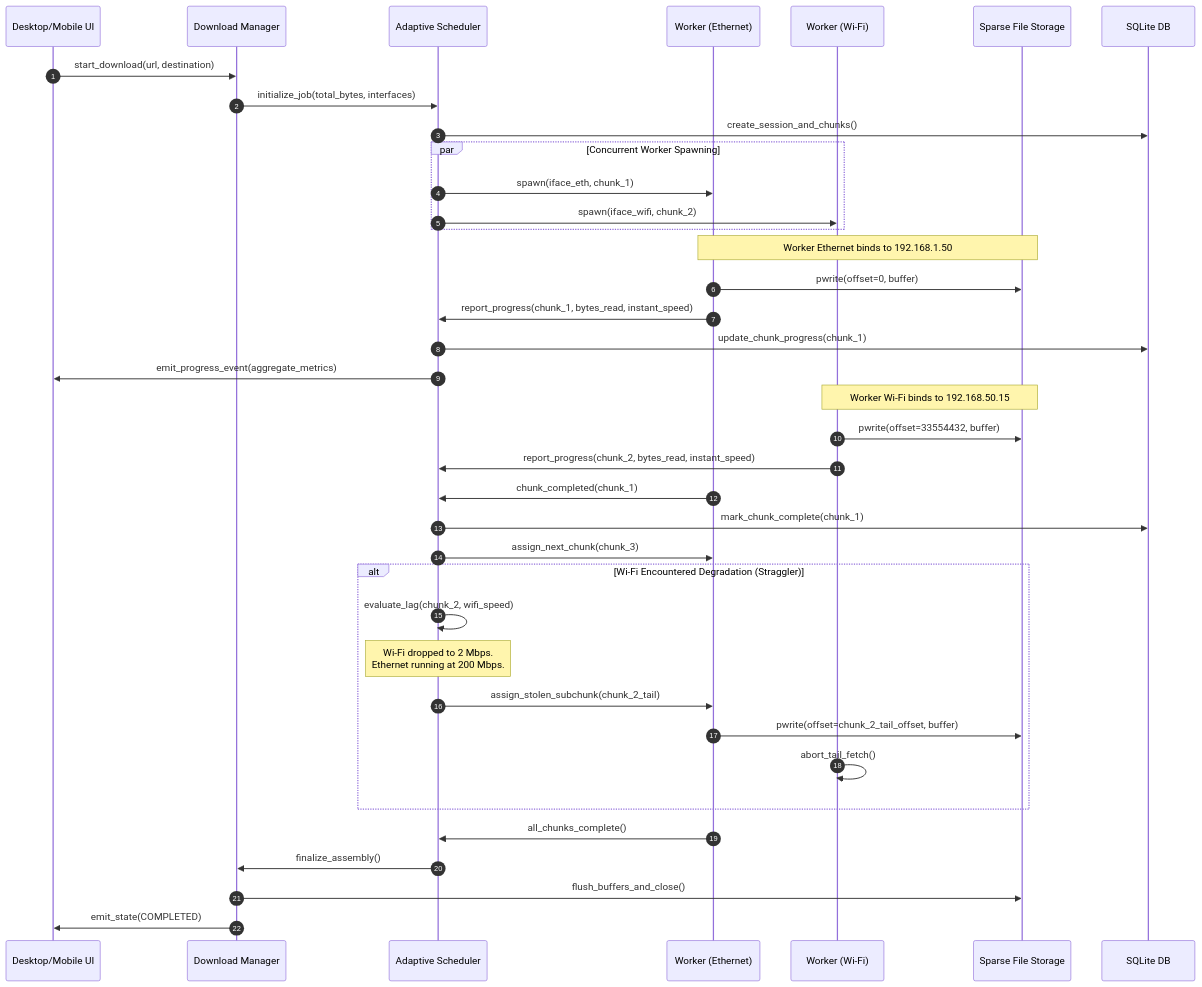
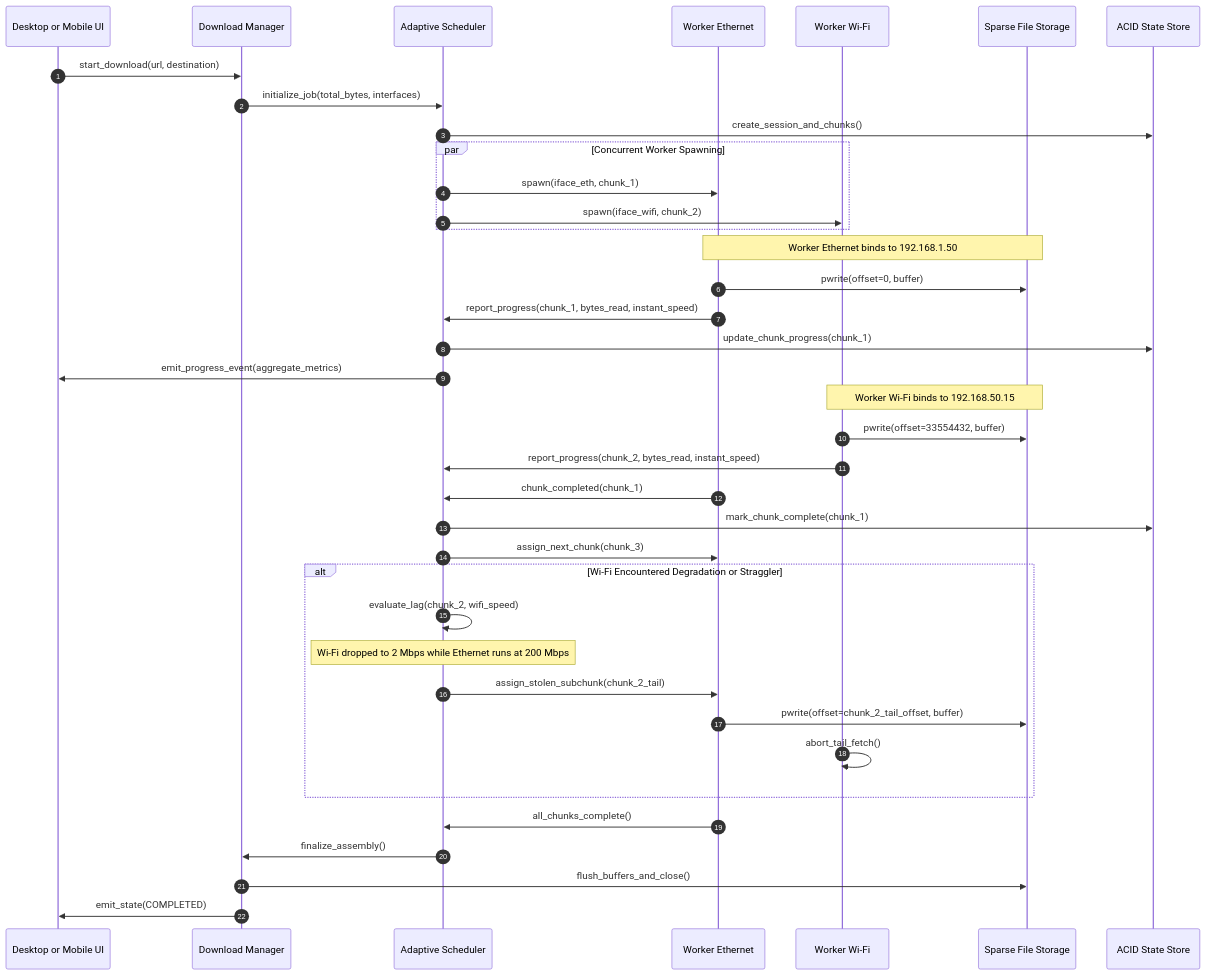
Before and after one commit to cubicreates/WifiGigaChad420: the fifth of 14 diagrams in Docs/WiFi_GigaChad_420_Plan.md, drawn with Mermaid. The commit also changed other lines of this file and 4 other files, not shown here.

````diff
--- a/Docs/WiFi_GigaChad_420_Plan.md
+++ b/Docs/WiFi_GigaChad_420_Plan.md
@@ -367,47 +412,47 @@
 ```mermaid
 sequenceDiagram
     autonumber
-    participant UI as Desktop/Mobile UI
+    participant UI as Desktop or Mobile UI
     participant DM as Download Manager
     participant Sched as Adaptive Scheduler
-    participant W_Eth as Worker (Ethernet)
-    participant W_Wifi as Worker (Wi-Fi)
+    participant W_Eth as Worker Ethernet
+    participant W_Wifi as Worker Wi-Fi
     participant Disk as Sparse File Storage
-    participant DB as SQLite DB
+    participant DB as ACID State Store
 
     UI->>DM: start_download(url, destination)
     DM->>Sched: initialize_job(total_bytes, interfaces)
     Sched->>DB: create_session_and_chunks()
     
     par Concurrent Worker Spawning
         Sched->>W_Eth: spawn(iface_eth, chunk_1)
         Sched->>W_Wifi: spawn(iface_wifi, chunk_2)
     end
 
     Note over W_Eth,Disk: Worker Ethernet binds to 192.168.1.50
     W_Eth->>Disk: pwrite(offset=0, buffer)
     W_Eth->>Sched: report_progress(chunk_1, bytes_read, instant_speed)
     Sched->>DB: update_chunk_progress(chunk_1)
     Sched->>UI: emit_progress_event(aggregate_metrics)
 
     Note over W_Wifi,Disk: Worker Wi-Fi binds to 192.168.50.15
     W_Wifi->>Disk: pwrite(offset=33554432, buffer)
     W_Wifi->>Sched: report_progress(chunk_2, bytes_read, instant_speed)
 
     W_Eth->>Sched: chunk_completed(chunk_1)
     Sched->>DB: mark_chunk_complete(chunk_1)
     Sched->>W_Eth: assign_next_chunk(chunk_3)
 
-    alt Wi-Fi Encountered Degradation (Straggler)
+    alt Wi-Fi Encountered Degradation or Straggler
         Sched->>Sched: evaluate_lag(chunk_2, wifi_speed)
-        Note over Sched: Wi-Fi dropped to 2 Mbps.<br/>Ethernet running at 200 Mbps.
+        Note over Sched: Wi-Fi dropped to 2 Mbps while Ethernet runs at 200 Mbps
         Sched->>W_Eth: assign_stolen_subchunk(chunk_2_tail)
         W_Eth->>Disk: pwrite(offset=chunk_2_tail_offset, buffer)
         W_Wifi->>W_Wifi: abort_tail_fetch()
     end
 
     W_Eth->>Sched: all_chunks_complete()
     Sched->>DM: finalize_assembly()
     DM->>Disk: flush_buffers_and_close()
     DM->>UI: emit_state(COMPLETED)
 ```
````
